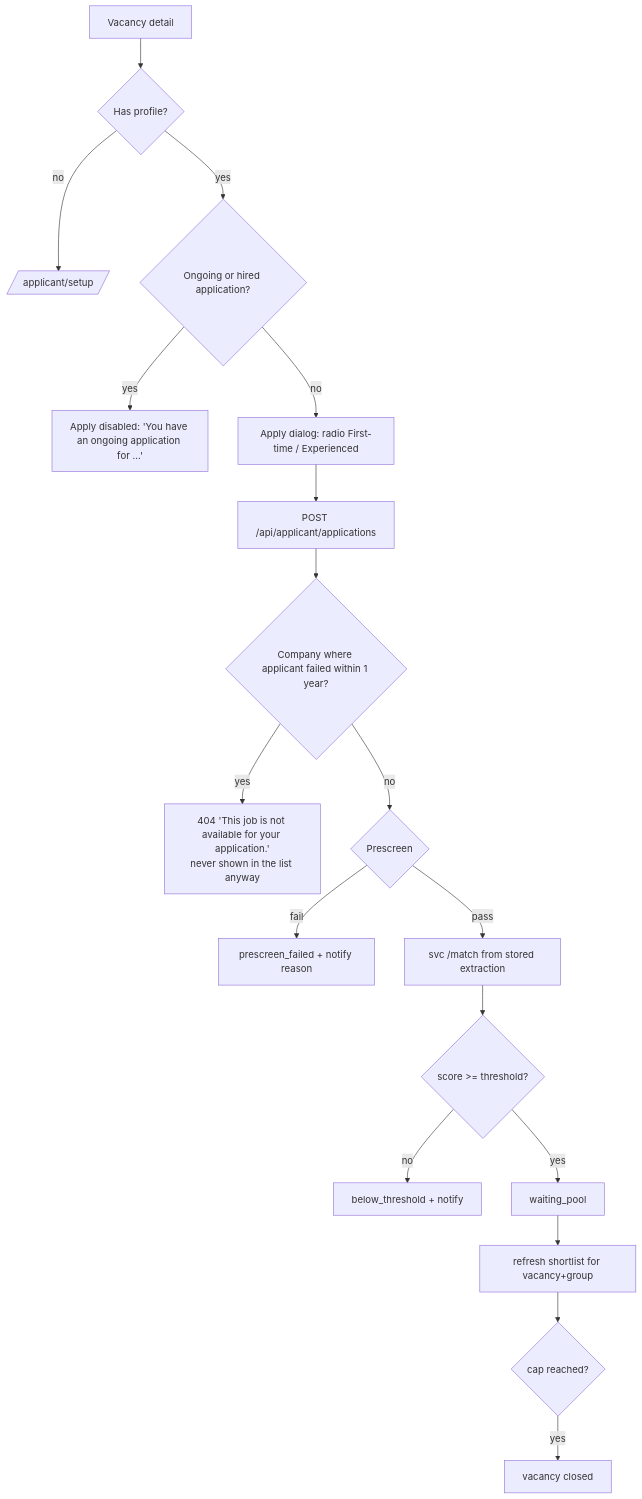
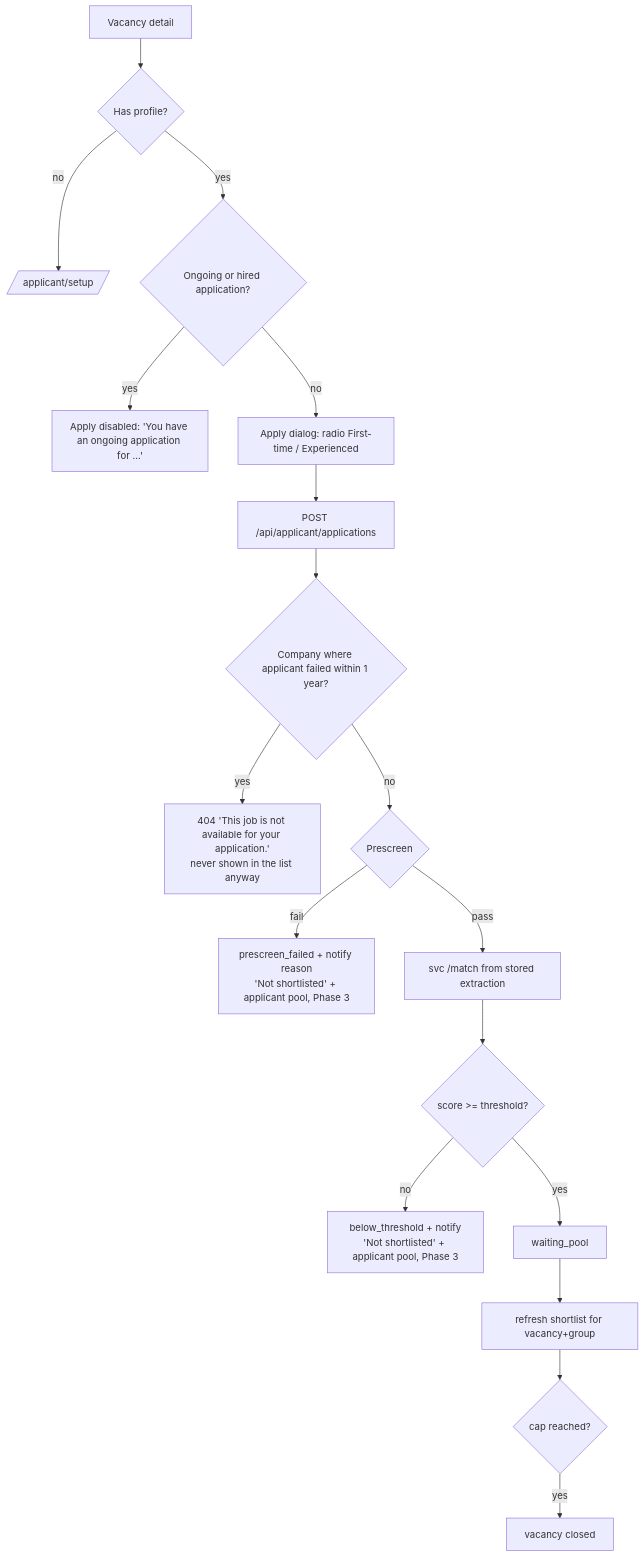
Before and after one commit to Aenyxxx/VERA: the third of 9 diagrams in docs/APP_FLOW.md, drawn with Mermaid. The commit also changed other lines of this file and 75 other files, not shown here.

Commit message:
feat(pool): Phase 3 decisions 17/18 - screening failures to pool, pool matching on publish, job invitations, pool tabs (FR-POOL-01/02, FR-VAC-02)

````diff
--- a/docs/APP_FLOW.md
+++ b/docs/APP_FLOW.md
@@ -99,20 +99,20 @@
 ```mermaid
 flowchart TD
   V[Vacancy detail] --> P{Has profile?}
   P -- no --> S[/applicant/setup/]
   P -- yes --> O{Ongoing or hired application?}
   O -- yes --> OB[Apply disabled: 'You have an ongoing application for ...']
   O -- no --> R[Apply dialog: radio First-time / Experienced]
   R --> X[POST /api/applicant/applications]
   X --> FC{Company where applicant failed within 1 year?}
   FC -- yes --> NA[404 'This job is not available for your application.'<br/>never shown in the list anyway]
   FC -- no --> PS{Prescreen}
-  PS -- fail --> F1[prescreen_failed + notify reason]
+  PS -- fail --> F1[prescreen_failed + notify reason<br/>'Not shortlisted' + applicant pool, Phase 3]
   PS -- pass --> M[svc /match from stored extraction]
   M --> T{score >= threshold?}
-  T -- no --> F2[below_threshold + notify]
+  T -- no --> F2[below_threshold + notify<br/>'Not shortlisted' + applicant pool, Phase 3]
   T -- yes --> WP[waiting_pool]
   WP --> SR[refresh shortlist for vacancy+group]
   SR --> CAP{cap reached?}
   CAP -- yes --> CL[vacancy closed]
 ```
````
